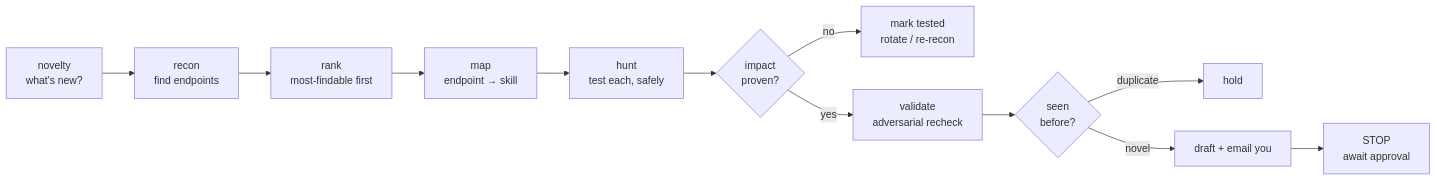
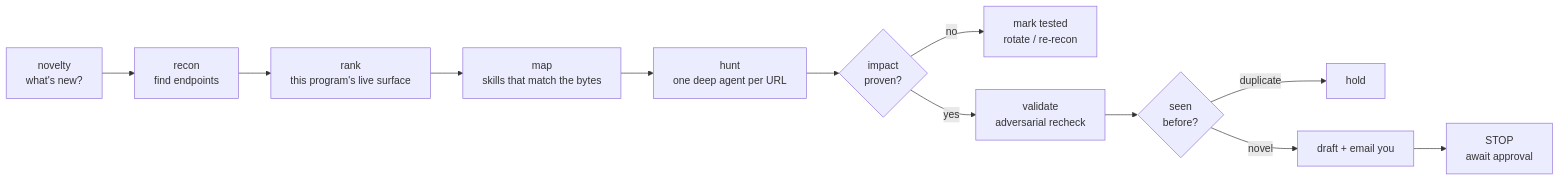
Before and after one commit to Mahmoud-Fawzi-Fayed/0xray-hunt-harness: the second of 3 diagrams in README.md, drawn with Mermaid. The commit also changed other lines of this file and 27 other files, not shown here.

First line of the commit message:
feat(hunt): destatic deep agents, auto-relogin vault, and 60s reviewer heals

````diff
--- a/README.md
+++ b/README.md
@@ -58,14 +58,14 @@
 ```mermaid
 flowchart LR
     A["novelty<br/>what's new?"] --> B["recon<br/>find endpoints"]
-    B --> C["rank<br/>most-findable first"]
-    C --> D["map<br/>endpoint → skill"]
-    D --> E["hunt<br/>test each, safely"]
+    B -->     C["rank<br/>this program's live surface"]
+    C --> D["map<br/>skills that match the bytes"]
+    D --> E["hunt<br/>one deep agent per URL"]
     E --> F{"impact<br/>proven?"}
     F -->|no| R["mark tested<br/>rotate / re-recon"]
     F -->|yes| G["validate<br/>adversarial recheck"]
     G --> H{"seen<br/>before?"}
     H -->|duplicate| I["hold"]
     H -->|novel| J["draft + email you"]
     J --> K["STOP<br/>await approval"]
 ```
````
